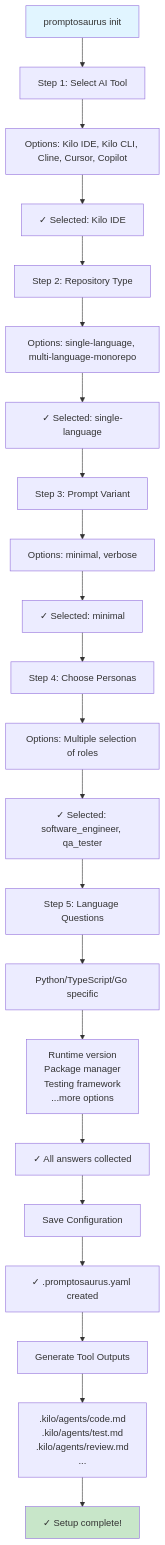
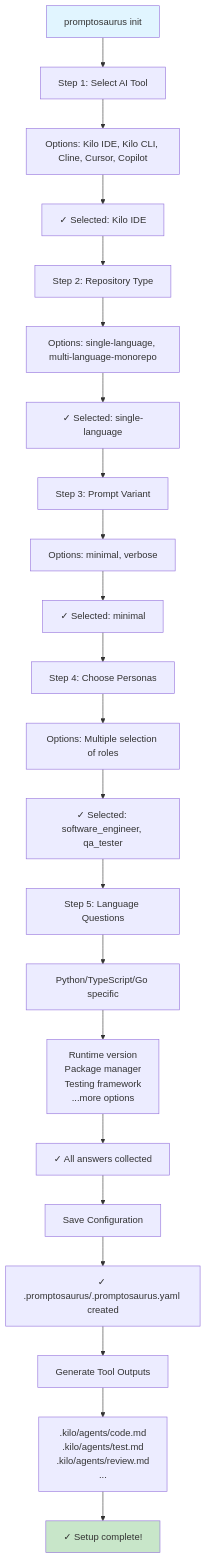
Before and after one commit to snoodleboot-io/prompticorn: the second of 11 diagrams in docs/DIAGRAMS_GUIDE.md, drawn with Mermaid. The commit also changed other lines of this file and 234 other files, not shown here.

````diff
--- a/docs/DIAGRAMS_GUIDE.md
+++ b/docs/DIAGRAMS_GUIDE.md
@@ -40,33 +40,33 @@
 ```mermaid
 flowchart TD
     A["promptosaurus init"] --> B["Step 1: Select AI Tool"]
     B --> B1["Options: Kilo IDE, Kilo CLI, Cline, Cursor, Copilot"]
     B1 --> B2["✓ Selected: Kilo IDE"]
     
     B2 --> C["Step 2: Repository Type"]
     C --> C1["Options: single-language, multi-language-monorepo"]
     C1 --> C2["✓ Selected: single-language"]
     
     C2 --> D["Step 3: Prompt Variant"]
     D --> D1["Options: minimal, verbose"]
     D1 --> D2["✓ Selected: minimal"]
     
     D2 --> E["Step 4: Choose Personas"]
     E --> E1["Options: Multiple selection of roles"]
     E1 --> E2["✓ Selected: software_engineer, qa_tester"]
     
     E2 --> F["Step 5: Language Questions"]
     F --> F1["Python/TypeScript/Go specific"]
     F1 --> F2["Runtime version<br/>Package manager<br/>Testing framework<br/>...more options"]
     F2 --> F3["✓ All answers collected"]
     
     F3 --> G["Save Configuration"]
-    G --> G1["✓ .promptosaurus.yaml created"]
+    G --> G1["✓ .promptosaurus/.promptosaurus.yaml created"]
     
     G1 --> H["Generate Tool Outputs"]
     H --> H1[".kilo/agents/code.md<br/>.kilo/agents/test.md<br/>.kilo/agents/review.md<br/>..."]
     H1 --> I["✓ Setup complete!"]
     
     style A fill:#e1f5ff
     style I fill:#c8e6c9
 ```
````
